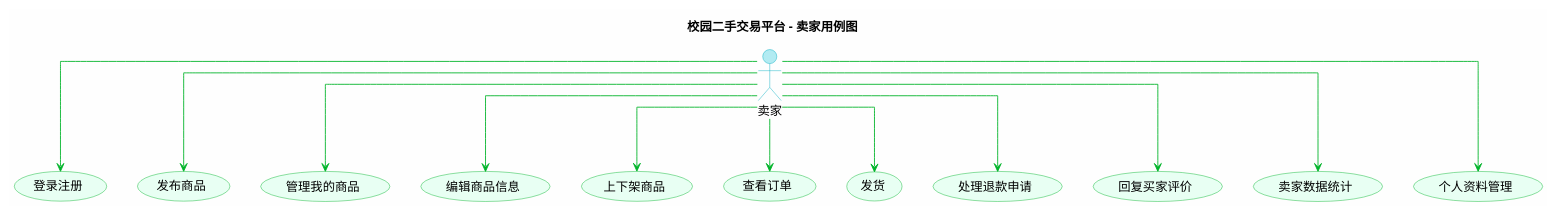
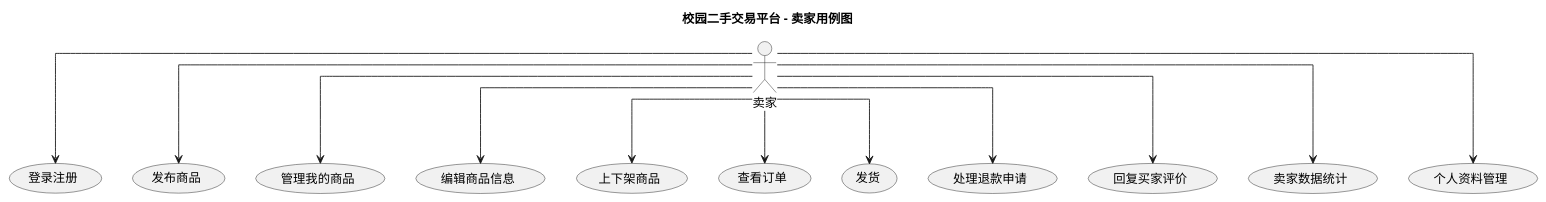
One commit to RYELOBE/hmapp01 changed the diagram in docs/usecase-seller.puml. Above: the diagram before and after it, drawn with PlantUML. The commit also changed 2 other files, not shown here.

```diff
--- a/docs/usecase-seller.puml
+++ b/docs/usecase-seller.puml
@@ -1,44 +1,35 @@
 @startuml
-skinparam backgroundColor #FEFEFE
+skinparam backgroundColor #FFFFFF
 skinparam shadowing false
-skinparam roundcorner 10
+skinparam roundcorner 8
 skinparam linetype ortho
-skinparam usecase {
-  BackgroundColor #E8FFF3
-  BorderColor #00B42A
-  ArrowColor #00B42A
-}
-skinparam actor {
-  BackgroundColor #B2EBF2
-  BorderColor #00ACC1
-}
 
 title 校园二手交易平台 - 卖家用例图
 
 actor "卖家" as seller
 
 usecase "登录注册" as UC1
 usecase "发布商品" as UC2
 usecase "管理我的商品" as UC3
 usecase "编辑商品信息" as UC4
 usecase "上下架商品" as UC5
 usecase "查看订单" as UC6
 usecase "发货" as UC7
 usecase "处理退款申请" as UC8
 usecase "回复买家评价" as UC9
 usecase "卖家数据统计" as UC10
 usecase "个人资料管理" as UC11
 
 seller --> UC1
 seller --> UC2
 seller --> UC3
 seller --> UC4
 seller --> UC5
 seller --> UC6
 seller --> UC7
 seller --> UC8
 seller --> UC9
 seller --> UC10
 seller --> UC11
 
 @enduml
```
